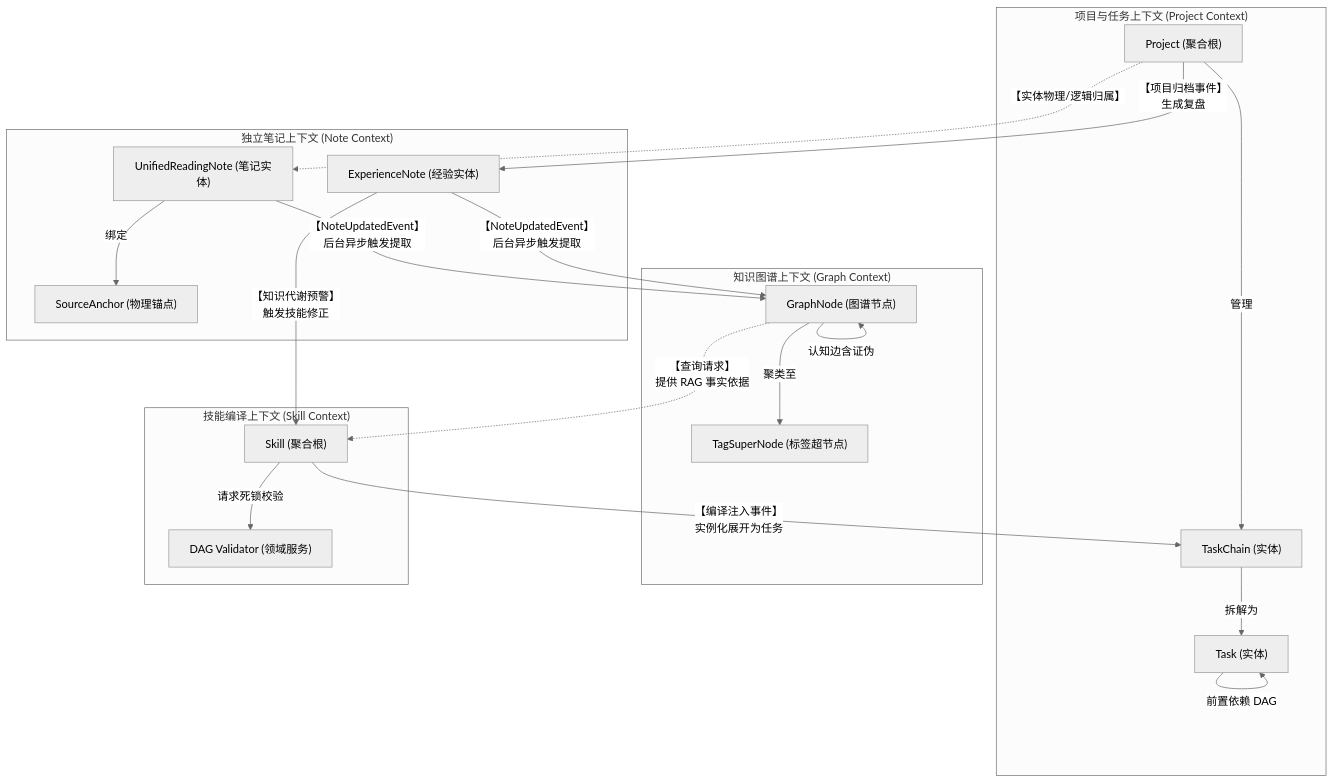
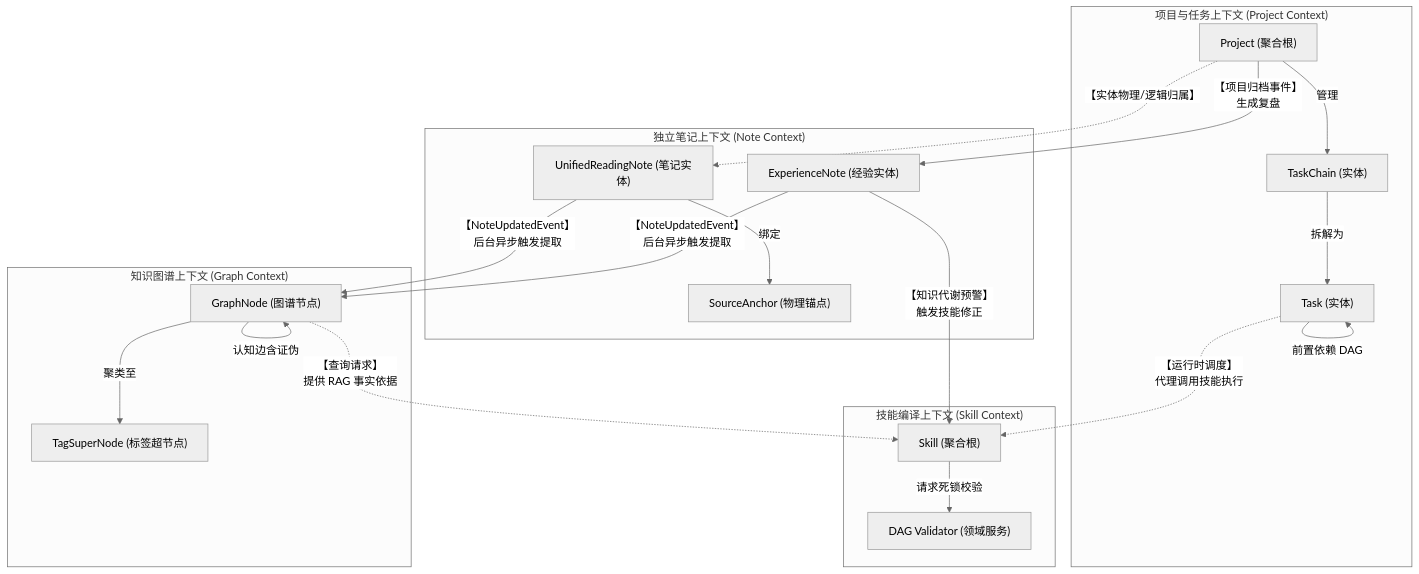
The second of 3 diagrams in docs/06_system_architecture/backend_design_spec_v1.0.md (shanglihong/i-have-a-plan), drawn with Mermaid (neutral theme) before and after one commit. The commit also changed other lines of this file, not shown here.

Commit message:
docs: update backend design specification to v1.0 architecture standards

````diff
--- a/docs/06_system_architecture/backend_design_spec_v1.0.md
+++ b/docs/06_system_architecture/backend_design_spec_v1.0.md
@@ -112,54 +112,54 @@
 ```mermaid
 graph TD
     %% 限界上下文 (Bounded Contexts)
     
     subgraph ProjectDomain ["项目与任务上下文 (Project Context)"]
         P_Proj["Project (聚合根)"]
         P_TC["TaskChain (实体)"]
         P_Task["Task (实体)"]
         
         P_Proj -->|管理| P_TC
         P_TC -->|拆解为| P_Task
         P_Task -->|前置依赖 DAG| P_Task
     end
 
     subgraph NoteDomain ["独立笔记上下文 (Note Context)"]
         K_URN["UnifiedReadingNote (笔记实体)"]
         K_EN["ExperienceNote (经验实体)"]
         K_SA["SourceAnchor (物理锚点)"]
         
         K_URN -->|绑定| K_SA
     end
 
     subgraph GraphDomain ["知识图谱上下文 (Graph Context)"]
         K_Graph["GraphNode (图谱节点)"]
         K_Tag["TagSuperNode (标签超节点)"]
         
         K_Graph -->|认知边含证伪| K_Graph
         K_Graph -->|聚类至| K_Tag
     end
 
     subgraph SkillDomain ["技能编译上下文 (Skill Context)"]
         S_Skill["Skill (聚合根)"]
         S_DAG["DAG Validator (领域服务)"]
         
         S_Skill -->|请求死锁校验| S_DAG
     end
 
     %% 上下文映射 (Context Mapping) 与跨界边界交互
     
     %% 外部交互 / 项目域映射 (归属与沉淀)
     P_Proj -->|"【项目归档事件】<br>生成复盘"| K_EN
     P_Proj -.->|"【实体物理/逻辑归属】"| K_URN
     
     %% 笔记域 -> 图谱域 (异步事件)
     K_URN -->|"【NoteUpdatedEvent】<br>后台异步触发提取"| K_Graph
     K_EN -->|"【NoteUpdatedEvent】<br>后台异步触发提取"| K_Graph
 
     %% 知识域 -> 技能域 (触发与上下文)
     K_EN -->|"【知识代谢预警】<br>触发技能修正"| S_Skill
     K_Graph -.->|"【查询请求】<br>提供 RAG 事实依据"| S_Skill
     
-    %% 技能域 -> 项目域 (驱动执行)
-    S_Skill -->|"【编译注入事件】<br>实例化展开为任务"| P_TC
+    %% 项目域 -> 技能域 (运行时调用)
+    P_Task -.->|"【运行时调度】<br>代理调用技能执行"| S_Skill
 ```
````
